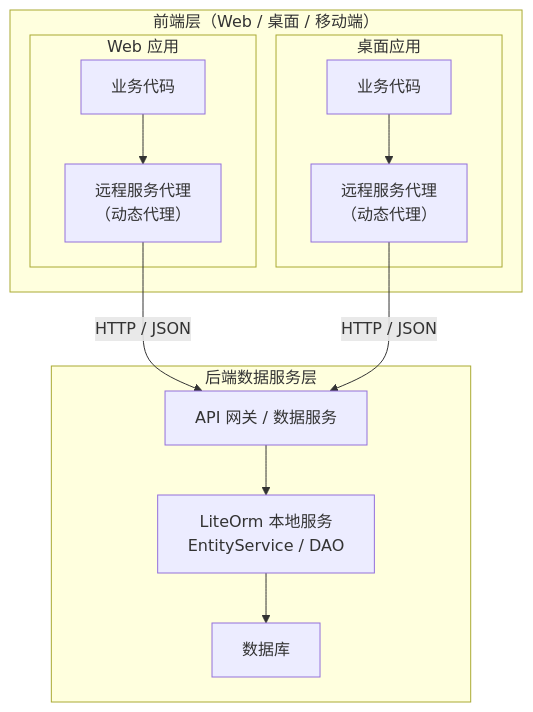
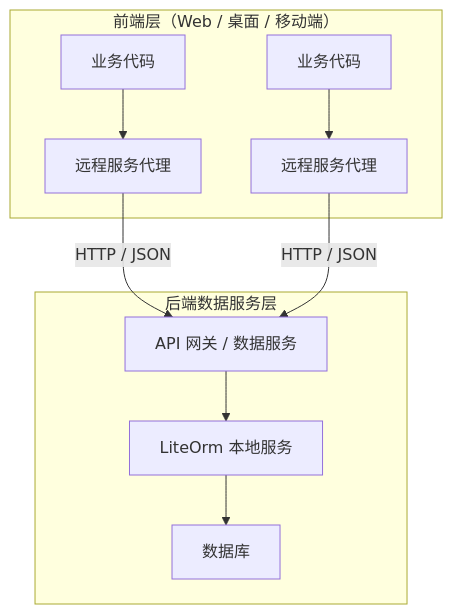
Before and after one commit to danjiewu/LiteOrm: the diagram in docs/03-advanced-topics/09-remote-service.md, drawn with Mermaid. The commit also changed other lines of this file and 1 other file, not shown here.

````diff
--- a/docs/03-advanced-topics/09-remote-service.md
+++ b/docs/03-advanced-topics/09-remote-service.md
@@ -74,23 +17,15 @@
 ```mermaid
 graph TB
     subgraph 前端层["前端层（Web / 桌面 / 移动端）"]
-        subgraph 客户端A["Web 应用"]
-            A1["业务代码"]
-            A2["远程服务代理<br/>（动态代理）"]
-        end
-        subgraph 客户端B["桌面应用"]
-            B1["业务代码"]
-            B2["远程服务代理<br/>（动态代理）"]
-        end
+        A1["业务代码"] --> A2["远程服务代理"]
+        B1["业务代码"] --> B2["远程服务代理"]
     end
     subgraph 后端层["后端数据服务层"]
         C["API 网关 / 数据服务"]
-        D["LiteOrm 本地服务<br/>EntityService / DAO"]
+        D["LiteOrm 本地服务"]
         E["数据库"]
     end
-    A1 --> A2
-    B1 --> B2
     A2 -->|HTTP / JSON| C
     B2 -->|HTTP / JSON| C
     C --> D --> E
 ```
````
